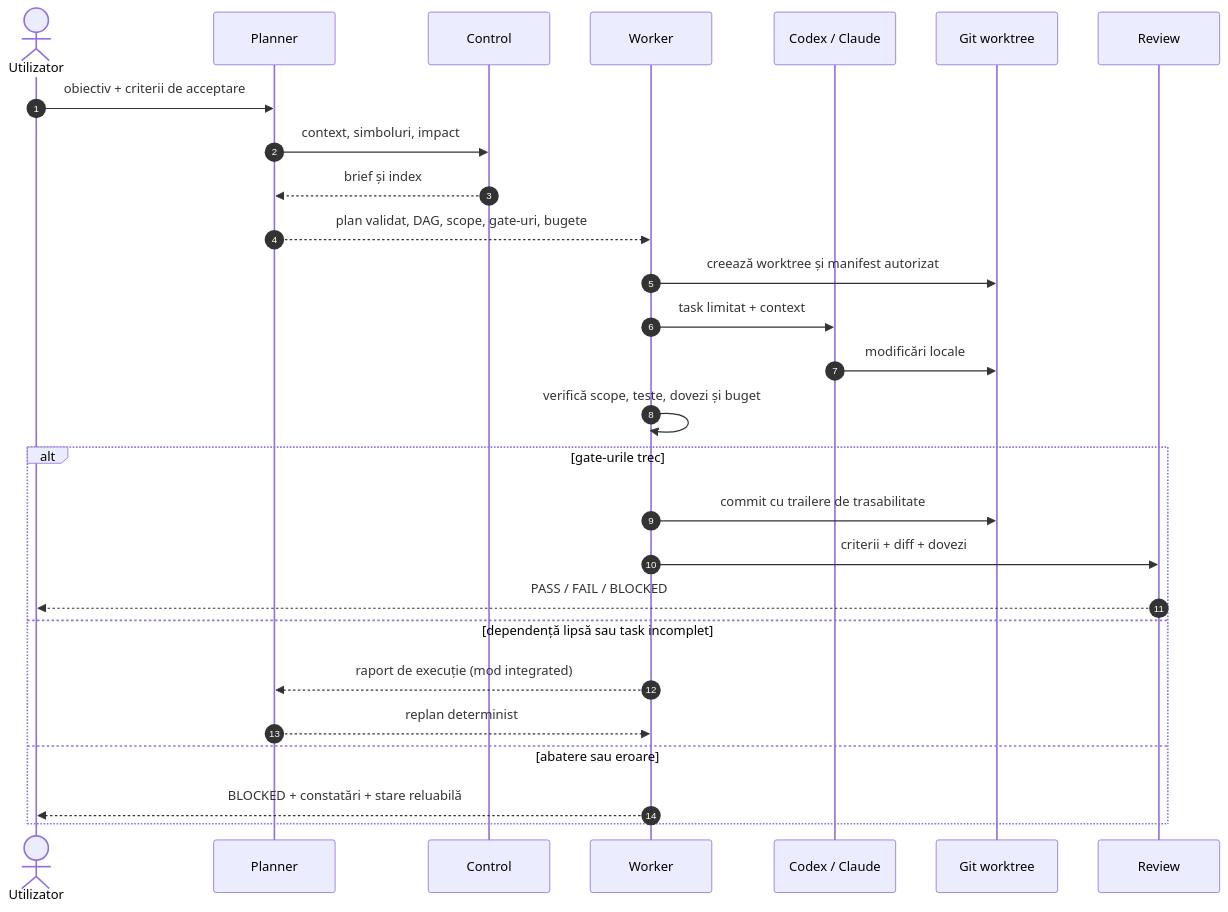
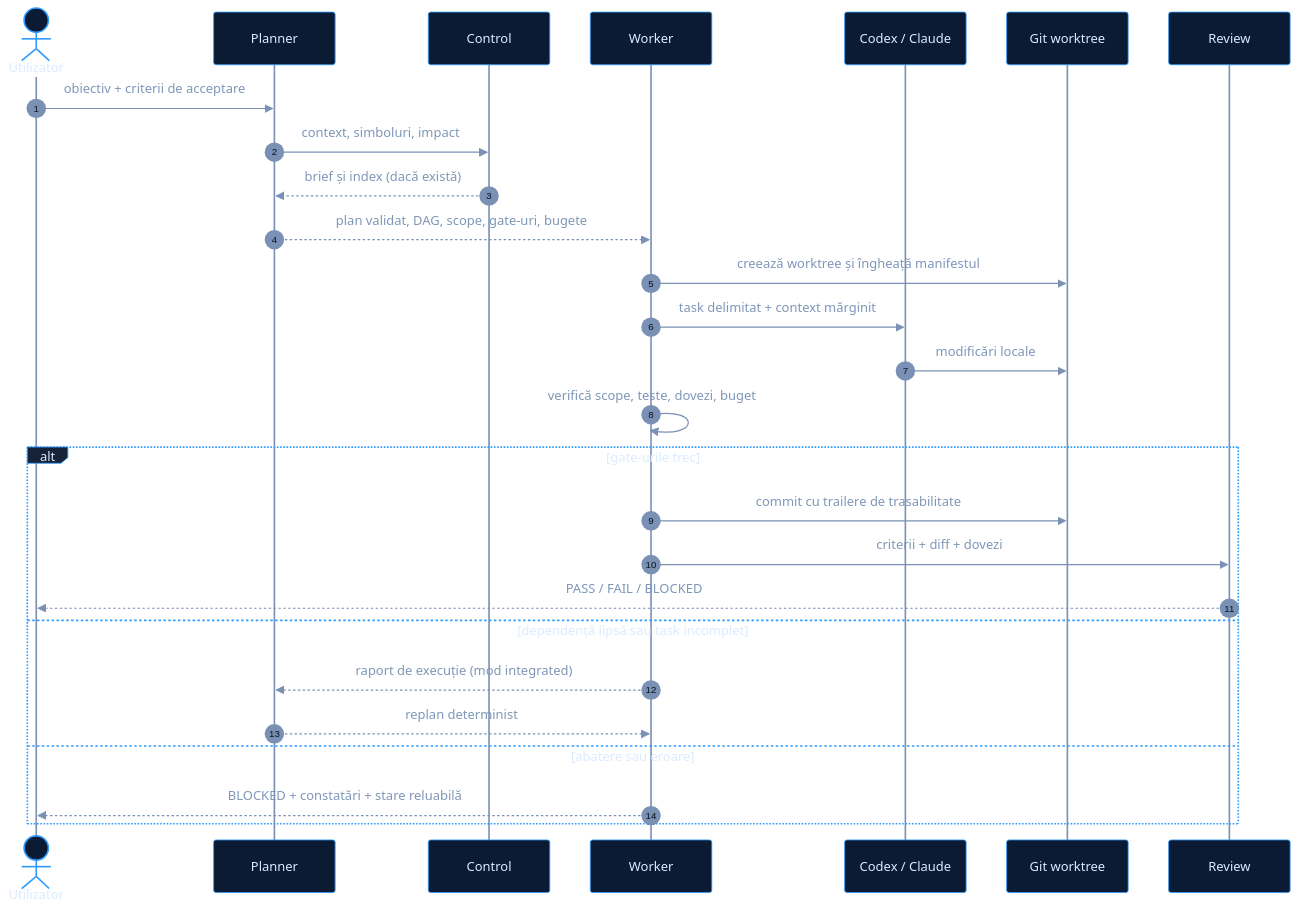
Before and after one commit to Infoapex/infoapex-ai: the third of 4 diagrams in README.md, drawn with Mermaid. The commit also changed other lines of this file, not shown here.

````diff
--- a/README.md
+++ b/README.md
@@ -82,30 +181,32 @@
 ```mermaid
+%%{init: {'theme':'base','themeVariables':{'fontFamily':'ui-sans-serif, system-ui, sans-serif','actorBkg':'#0B1B33','actorBorder':'#2F9BFF','actorTextColor':'#DCEBFF','actorLineColor':'#7A90B4','signalColor':'#7A90B4','signalTextColor':'#7F97B8','labelBoxBkgColor':'#152238','labelBoxBorderColor':'#2F9BFF','labelTextColor':'#DCEBFF','noteBkgColor':'#2A2008','noteBorderColor':'#F0B429','noteTextColor':'#FFEFC8','sequenceNumberColor':'#08131F','activationBkgColor':'#2F9BFF','primaryTextColor':'#7C93B5','altSectionBkgColor':'#7C93B50D'}}}%%
 sequenceDiagram
     autonumber
-    actor User as Utilizator
-    participant Planner as Planner
-    participant Control as Control
-    participant Worker as Worker
-    participant Agent as Codex / Claude
-    participant Git as Git worktree
-    participant Review as Review
+    actor U as Utilizator
+    participant P as Planner
+    participant C as Control
+    participant W as Worker
+    participant A as Codex / Claude
+    participant G as Git worktree
+    participant R as Review
 
-    User->>Planner: obiectiv + criterii de acceptare
-    Planner->>Control: context, simboluri, impact
-    Control-->>Planner: brief și index
-    Planner-->>Worker: plan validat, DAG, scope, gate-uri, bugete
-    Worker->>Git: creează worktree și manifest autorizat
-    Worker->>Agent: task limitat + context
-    Agent->>Git: modificări locale
-    Worker->>Worker: verifică scope, teste, dovezi și buget
+    U->>P: obiectiv + criterii de acceptare
+    P->>C: context, simboluri, impact
+    C-->>P: brief și index (dacă există)
+    P-->>W: plan validat, DAG, scope, gate-uri, bugete
+    W->>G: creează worktree și îngheață manifestul
+    W->>A: task delimitat + context mărginit
+    A->>G: modificări locale
+    W->>W: verifică scope, teste, dovezi, buget
+
     alt gate-urile trec
-        Worker->>Git: commit cu trailere de trasabilitate
-        Worker->>Review: criterii + diff + dovezi
-        Review-->>User: PASS / FAIL / BLOCKED
+        W->>G: commit cu trailere de trasabilitate
+        W->>R: criterii + diff + dovezi
+        R-->>U: PASS / FAIL / BLOCKED
     else dependență lipsă sau task incomplet
-        Worker-->>Planner: raport de execuție (mod integrated)
-        Planner-->>Worker: replan determinist
+        W-->>P: raport de execuție (mod integrated)
+        P-->>W: replan determinist
     else abatere sau eroare
-        Worker-->>User: BLOCKED + constatări + stare reluabilă
+        W-->>U: BLOCKED + constatări + stare reluabilă
     end
 ```
````
